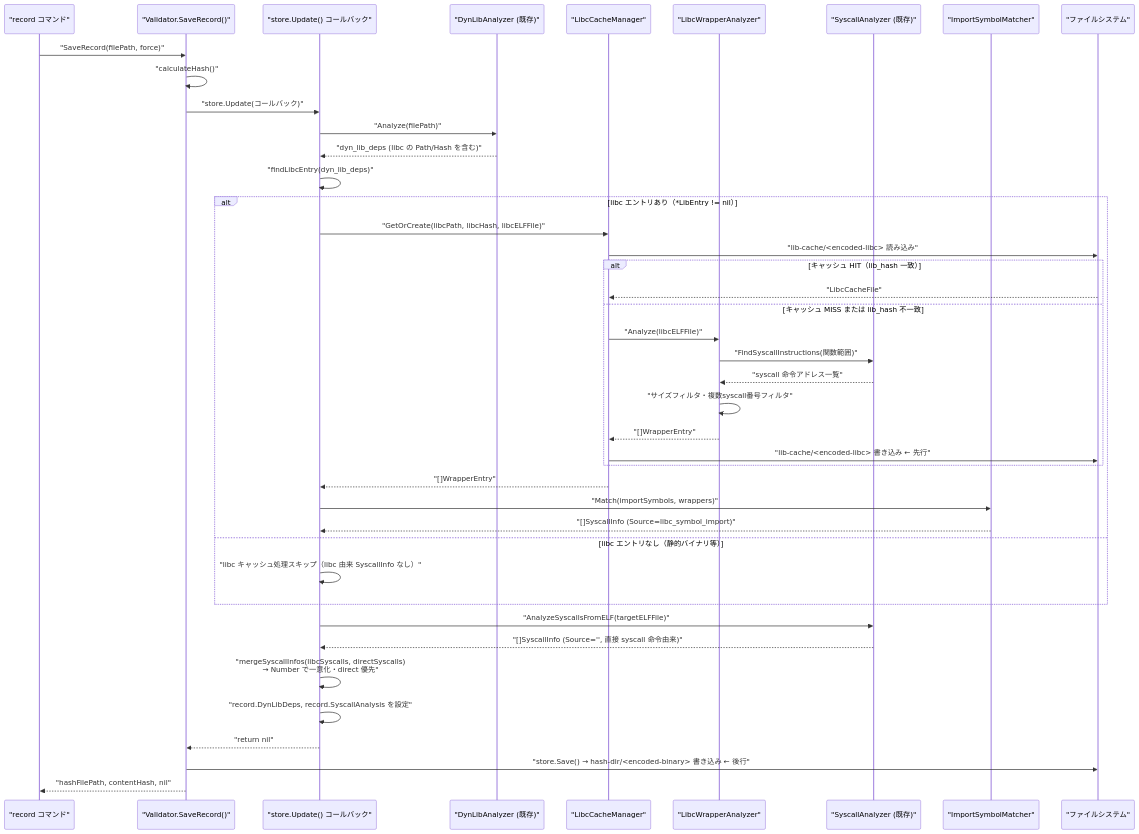
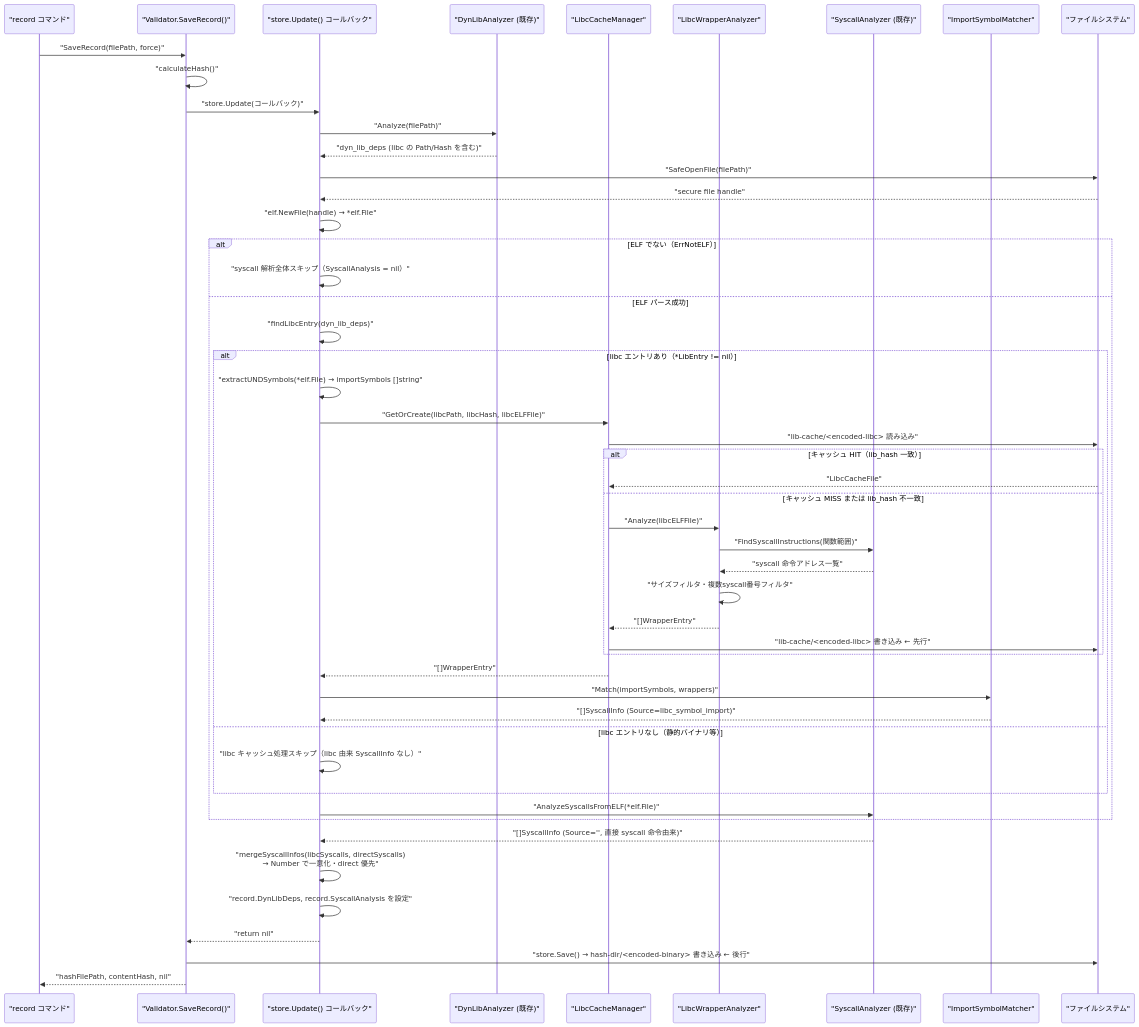
The fourth of 9 diagrams in docs/tasks/0079_libc_syscall_wrapper_cache/02_architecture.md (isseis/go-safe-cmd-runner), drawn with Mermaid before and after one commit. The commit also changed other lines of this file, not shown here.

First line of the commit message:
docs(tasks/0079): define ELF open and UND symbol extraction responsibilities

````diff
--- a/docs/tasks/0079_libc_syscall_wrapper_cache/02_architecture.md
+++ b/docs/tasks/0079_libc_syscall_wrapper_cache/02_architecture.md
@@ -123,45 +123,53 @@
 ```mermaid
 sequenceDiagram
     participant RC as "record コマンド"
     participant V as "Validator.SaveRecord()"
     participant CB as "store.Update() コールバック"
     participant DA as "DynLibAnalyzer (既存)"
     participant CM as "LibcCacheManager"
     participant WA as "LibcWrapperAnalyzer"
     participant SA as "SyscallAnalyzer (既存)"
     participant IM as "ImportSymbolMatcher"
     participant FS as "ファイルシステム"
 
     RC->>V: "SaveRecord(filePath, force)"
     V->>V: "calculateHash()"
     V->>CB: "store.Update(コールバック)"
     CB->>DA: "Analyze(filePath)"
     DA-->>CB: "dyn_lib_deps (libc の Path/Hash を含む)"
-    CB->>CB: "findLibcEntry(dyn_lib_deps)"
-    alt libc エントリあり（*LibEntry != nil）
-        CB->>CM: "GetOrCreate(libcPath, libcHash, libcELFFile)"
-        CM->>FS: "lib-cache/<encoded-libc> 読み込み"
-        alt キャッシュ HIT（lib_hash 一致）
-            FS-->>CM: "LibcCacheFile"
-        else キャッシュ MISS または lib_hash 不一致
-            CM->>WA: "Analyze(libcELFFile)"
-            WA->>SA: "FindSyscallInstructions(関数範囲)"
-            SA-->>WA: "syscall 命令アドレス一覧"
-            WA->>WA: "サイズフィルタ・複数syscall番号フィルタ"
-            WA-->>CM: "[]WrapperEntry"
-            CM->>FS: "lib-cache/<encoded-libc> 書き込み  ← 先行"
+    CB->>FS: "SafeOpenFile(filePath)"
+    FS-->>CB: "secure file handle"
+    CB->>CB: "elf.NewFile(handle) → *elf.File"
+    alt ELF でない（ErrNotELF）
+        CB->>CB: "syscall 解析全体スキップ（SyscallAnalysis = nil）"
+    else ELF パース成功
+        CB->>CB: "findLibcEntry(dyn_lib_deps)"
+        alt libc エントリあり（*LibEntry != nil）
+            CB->>CB: "extractUNDSymbols(*elf.File) → importSymbols []string"
+            CB->>CM: "GetOrCreate(libcPath, libcHash, libcELFFile)"
+            CM->>FS: "lib-cache/<encoded-libc> 読み込み"
+            alt キャッシュ HIT（lib_hash 一致）
+                FS-->>CM: "LibcCacheFile"
+            else キャッシュ MISS または lib_hash 不一致
+                CM->>WA: "Analyze(libcELFFile)"
+                WA->>SA: "FindSyscallInstructions(関数範囲)"
+                SA-->>WA: "syscall 命令アドレス一覧"
+                WA->>WA: "サイズフィルタ・複数syscall番号フィルタ"
+                WA-->>CM: "[]WrapperEntry"
+                CM->>FS: "lib-cache/<encoded-libc> 書き込み  ← 先行"
+            end
+            CM-->>CB: "[]WrapperEntry"
+            CB->>IM: "Match(importSymbols, wrappers)"
+            IM-->>CB: "[]SyscallInfo (Source=libc_symbol_import)"
+        else libc エントリなし（静的バイナリ等）
+            CB->>CB: "libc キャッシュ処理スキップ（libc 由来 SyscallInfo なし）"
         end
-        CM-->>CB: "[]WrapperEntry"
-        CB->>IM: "Match(importSymbols, wrappers)"
-        IM-->>CB: "[]SyscallInfo (Source=libc_symbol_import)"
-    else libc エントリなし（静的バイナリ等）
-        CB->>CB: "libc キャッシュ処理スキップ（libc 由来 SyscallInfo なし）"
+        CB->>SA: "AnalyzeSyscallsFromELF(*elf.File)"
     end
-    CB->>SA: "AnalyzeSyscallsFromELF(targetELFFile)"
     SA-->>CB: "[]SyscallInfo (Source='', 直接 syscall 命令由来)"
     CB->>CB: "mergeSyscallInfos(libcSyscalls, directSyscalls)<br>→ Number で一意化・direct 優先"
     CB->>CB: "record.DynLibDeps, record.SyscallAnalysis を設定"
     CB-->>V: "return nil"
     V->>FS: "store.Save() → hash-dir/<encoded-binary> 書き込み  ← 後行"
     V-->>RC: "hashFilePath, contentHash, nil"
 ```
````
